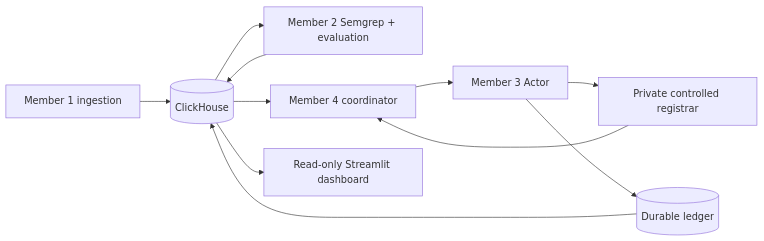
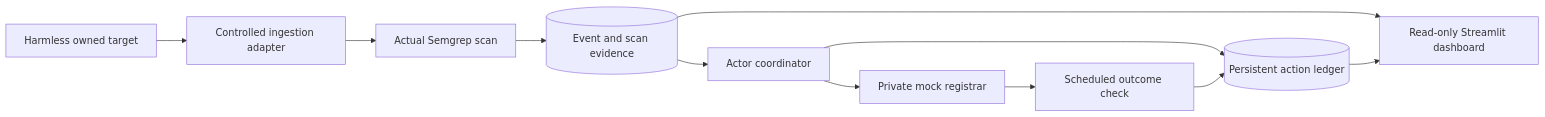
Before and after one commit to nayeonshin/cyberdefense-hackathon: the diagram in README.md, drawn with Mermaid. The commit also changed other lines of this file, not shown here.

````diff
--- a/README.md
+++ b/README.md
@@ -32,13 +44,13 @@
 ```mermaid
 flowchart LR
-  I[Member 1 ingestion] --> C[(ClickHouse)]
-  C --> S[Member 2 Semgrep + evaluation]
-  S --> C
-  C --> W[Member 4 coordinator]
-  W --> A[Member 3 Actor]
-  A --> R[Private controlled registrar]
-  A --> L[(Durable ledger)]
-  L --> C
-  C --> U[Read-only Streamlit dashboard]
-  R --> W
+  T[Harmless owned target] --> I[Controlled ingestion adapter]
+  I --> S[Actual Semgrep scan]
+  S --> E[(Event and scan evidence)]
+  E --> W[Actor coordinator]
+  W --> R[Private mock registrar]
+  W --> L[(Persistent action ledger)]
+  R --> P[Scheduled outcome check]
+  P --> L
+  E --> U[Read-only Streamlit dashboard]
+  L --> U
 ```
````
